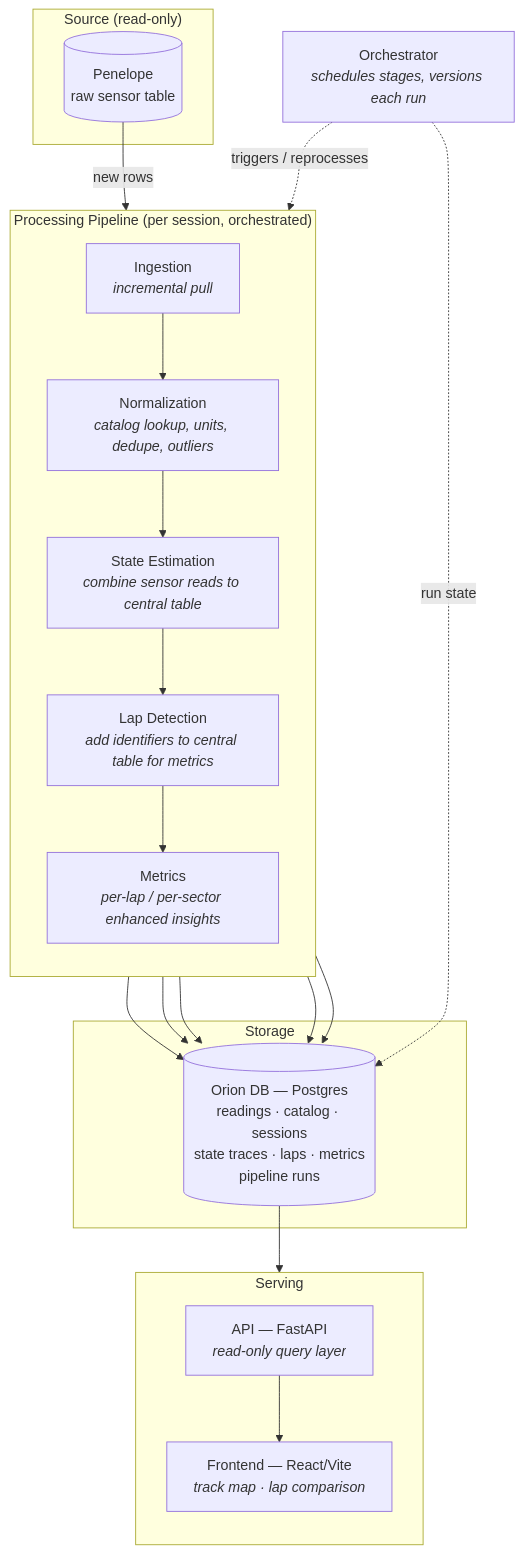
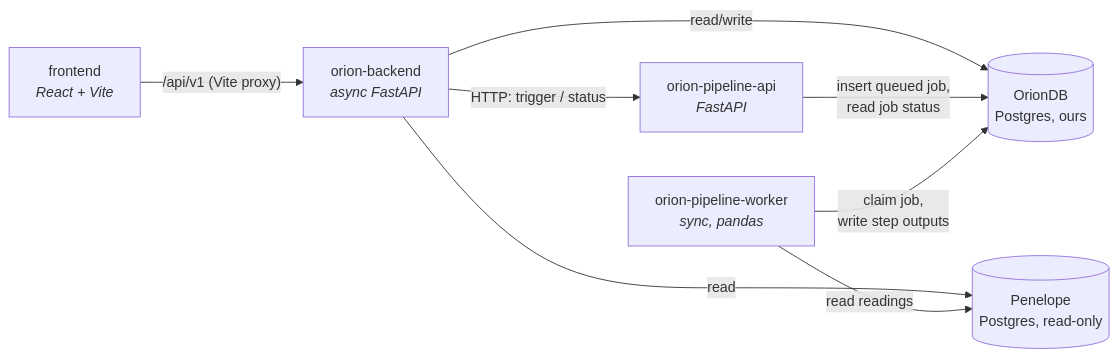
Before and after one commit to GenerateNU/orion: the first of 4 diagrams in docs/ARCHITECTURE.md, drawn with Mermaid. The commit also changed other lines of this file and 11 other files, not shown here.

````diff
--- a/docs/ARCHITECTURE.md
+++ b/docs/ARCHITECTURE.md
@@ -72,42 +15,17 @@
 ```mermaid
-flowchart TB
-    subgraph SRC["Source (read-only)"]
-        PEN[("Penelope<br/>raw sensor table")]
-    end
+flowchart LR
+    UI["frontend<br/><i>React + Vite</i>"]
+    API["orion-backend<br/><i>async FastAPI</i>"]
+    PAPI["orion-pipeline-api<br/><i>FastAPI</i>"]
+    WORKER["orion-pipeline-worker<br/><i>sync, pandas</i>"]
+    ODB[("OrionDB<br/>Postgres, ours")]
+    PEN[("Penelope<br/>Postgres, read-only")]
 
-    subgraph PIPE["Processing Pipeline (per session, orchestrated)"]
-        direction TB
-        ING["Ingestion<br/><i>incremental pull</i>"]
-        NORM["Normalization<br/><i>catalog lookup, units, dedupe, outliers</i>"]
-        EST["State Estimation<br/><i>combine sensor reads to central table</i>"]
-        LAP["Lap Detection<br/><i>add identifiers to central table for metrics</i>"]
-        MET["Metrics<br/><i>per-lap / per-sector enhanced insights</i>"]
-
-        ING --> NORM --> EST --> LAP --> MET
-    end
-
-    subgraph STORE["Storage"]
-        ODB[("Orion DB — Postgres<br/>readings · catalog · sessions<br/>state traces · laps · metrics<br/>pipeline runs")]
-    end
-
-    subgraph SERVE["Serving"]
-        direction TB
-        API["API — FastAPI<br/><i>read-only query layer</i>"]
-        UI["Frontend — React/Vite<br/><i>track map · lap comparison</i>"]
-    end
-
-    ORCH["Orchestrator<br/><i>schedules stages, versions each run</i>"]
-
-    PEN -->|"new rows"| ING
-    ORCH -.->|"triggers / reprocesses"| PIPE
-    ORCH -.->|"run state"| ODB
-
-    ING --> ODB
-    NORM --> ODB
-    EST --> ODB
-    LAP --> ODB
-    MET --> ODB
-
-    ODB --> API
-    API --> UI
+    UI -->|"/api/v1 (Vite proxy)"| API
+    API -->|"read/write"| ODB
+    API -->|"read"| PEN
+    API -->|"HTTP: trigger / status"| PAPI
+    PAPI -->|"insert queued job,<br/>read job status"| ODB
+    WORKER -->|"claim job,<br/>write step outputs"| ODB
+    WORKER -->|"read readings"| PEN
 ```
````
